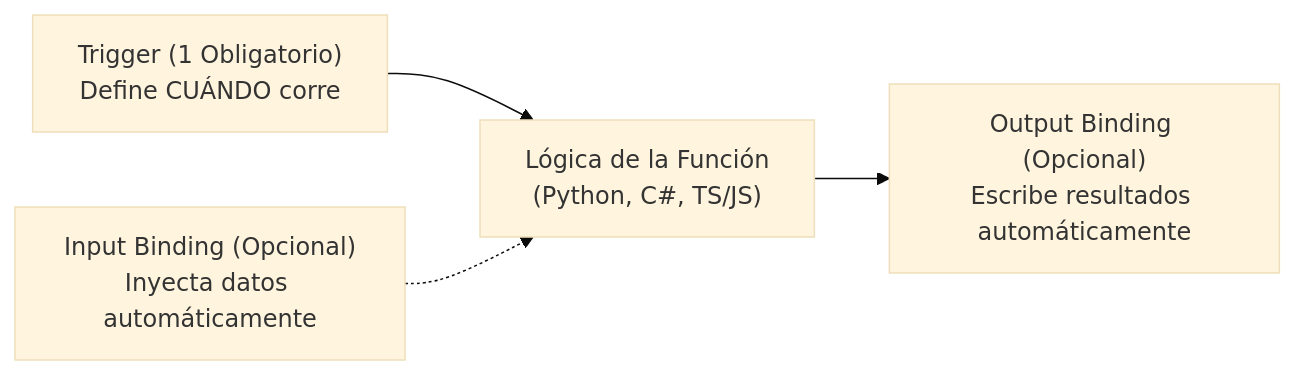
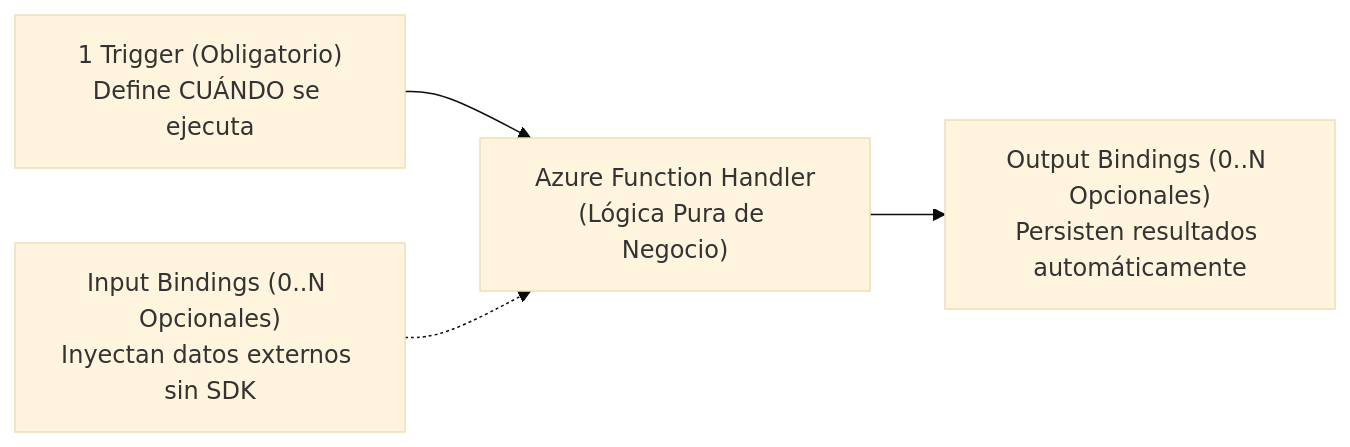
Before and after one commit to JuanjoRestrepo/juanjorestrepo-GithubObsidian: the fifth of 6 diagrams in 04_Resources/Cloud_DevOps/4. Azure App Services/3. Azure Functions.md, drawn with Mermaid (base theme). The commit also changed other lines of this file and 2 other files, not shown here.

````diff
--- a/04_Resources/Cloud_DevOps/4. Azure App Services/3. Azure Functions.md
+++ b/04_Resources/Cloud_DevOps/4. Azure App Services/3. Azure Functions.md
@@ -93,6 +189,6 @@
 ```mermaid
 flowchart LR
-    T["Trigger (1 Obligatorio)\nDefine CUÁNDO corre"] --> F["Lógica de la Función\n(Python, C#, TS/JS)"]
-    IB["Input Binding (Opcional)\nInyecta datos automáticamente"] -.-> F
-    F --> OB["Output Binding (Opcional)\nEscribe resultados automáticamente"]
+    T["1 Trigger (Obligatorio)\nDefine CUÁNDO se ejecuta"] --> AF["Azure Function Handler\n(Lógica Pura de Negocio)"]
+    IB["Input Bindings (0..N Opcionales)\nInyectan datos externos sin SDK"] -.-> AF
+    AF --> OB["Output Bindings (0..N Opcionales)\nPersisten resultados automáticamente"]
 ```
````
